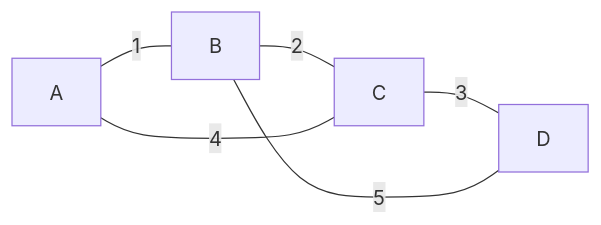
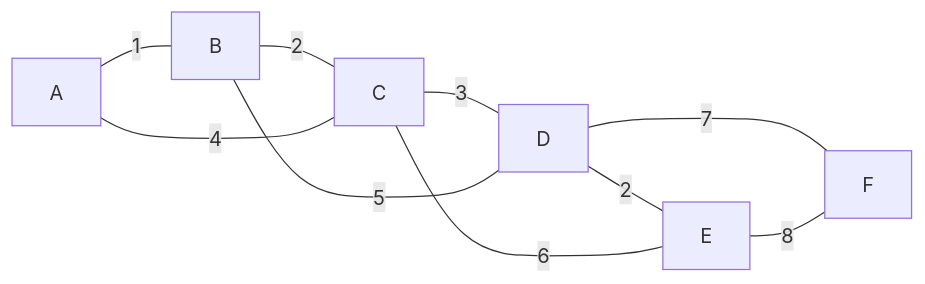
The diagram in learning/algorithms/09-greedy-and-mst.md (mj006648/netai-devsecops-runbook), drawn with Mermaid before and after one commit. The commit also changed other lines of this file and 62 other files, not shown here.

````diff
--- a/learning/algorithms/09-greedy-and-mst.md
+++ b/learning/algorithms/09-greedy-and-mst.md
@@ -7,8 +7,12 @@
-```mermaid
+~~~mermaid
 flowchart LR
     A ---|1| B
     B ---|2| C
+    D ---|2| E
+    C ---|3| D
     A ---|4| C
-    C ---|3| D
     B ---|5| D
-```
+    C ---|6| E
+    D ---|7| F
+    E ---|8| F
+~~~
````
